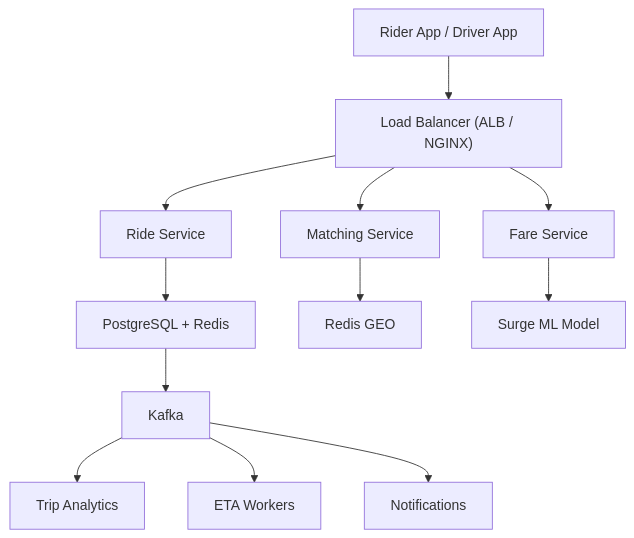
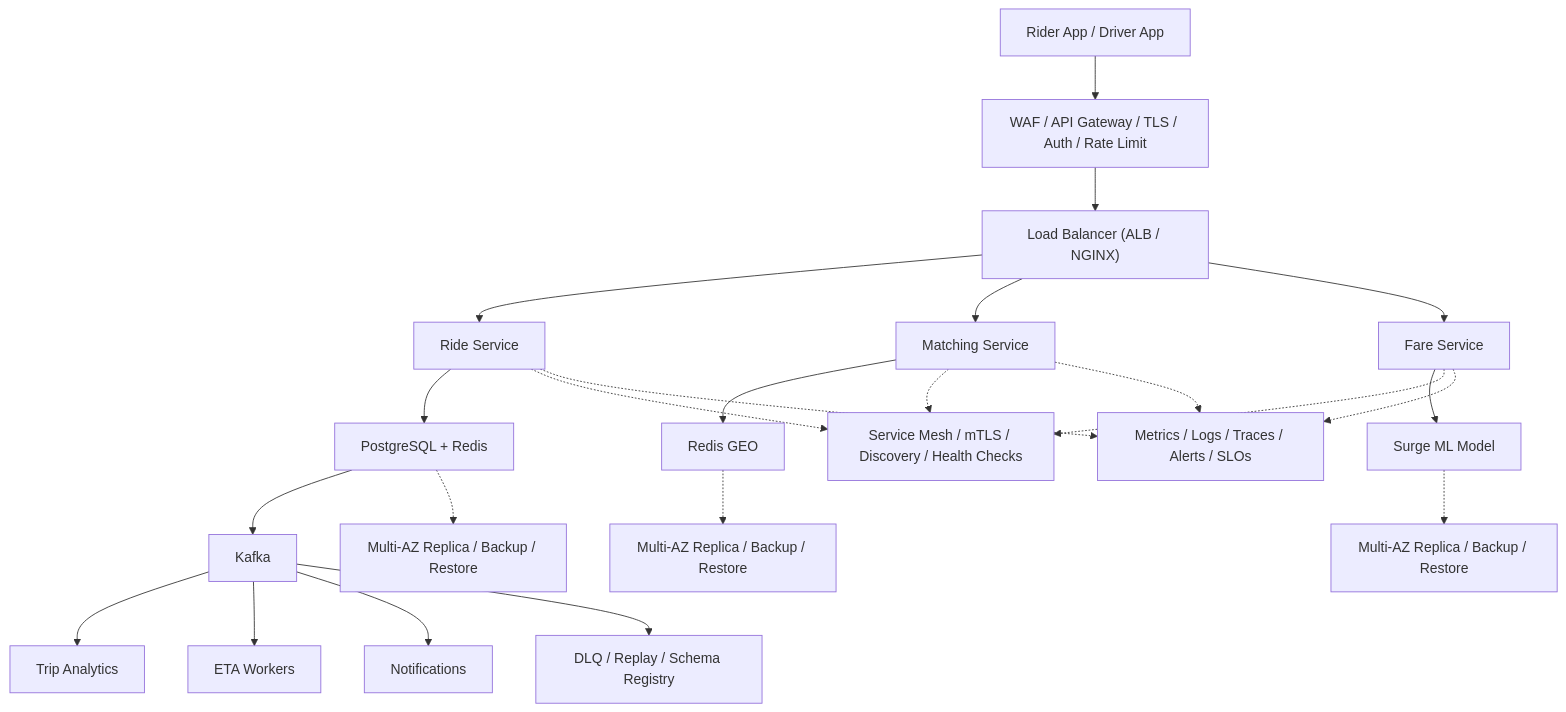
One commit to aishwary11/system-design changed the diagram in system-design-uber.md. Above: the diagram before and after it, drawn with Mermaid. The commit also changed 31 other files, not shown here.

Commit message:
Add production-grade architecture details

````diff
--- a/system-design-uber.md
+++ b/system-design-uber.md
@@ -40,14 +40,25 @@
 ```mermaid
 flowchart TB
-    clients["Rider App / Driver App"] --> lb["Load Balancer (ALB / NGINX)"]
+    clients["Rider App / Driver App"] --> edge["WAF / API Gateway / TLS / Auth / Rate Limit"]
+    edge --> lb["Load Balancer (ALB / NGINX)"]
     lb --> svc0["Ride Service"]
     lb --> svc1["Matching Service"]
     lb --> svc2["Fare Service"]
     svc0 --> store0["PostgreSQL + Redis"]
     svc1 --> store1["Redis GEO"]
     svc2 --> store2["Surge ML Model"]
     store0 --> stream["Kafka"]
     stream --> worker0["Trip Analytics"]
     stream --> worker1["ETA Workers"]
     stream --> worker2["Notifications"]
+    svc0 -.-> platform["Service Mesh / mTLS / Discovery / Health Checks"]
+    svc1 -.-> platform
+    svc2 -.-> platform
+    store0 -.-> backup0["Multi-AZ Replica / Backup / Restore"]
+    store1 -.-> backup1["Multi-AZ Replica / Backup / Restore"]
+    store2 -.-> backup2["Multi-AZ Replica / Backup / Restore"]
+    stream --> dlq["DLQ / Replay / Schema Registry"]
+    svc0 -.-> ops["Metrics / Logs / Traces / Alerts / SLOs"]
+    svc1 -.-> ops
+    svc2 -.-> ops
 ```
````
